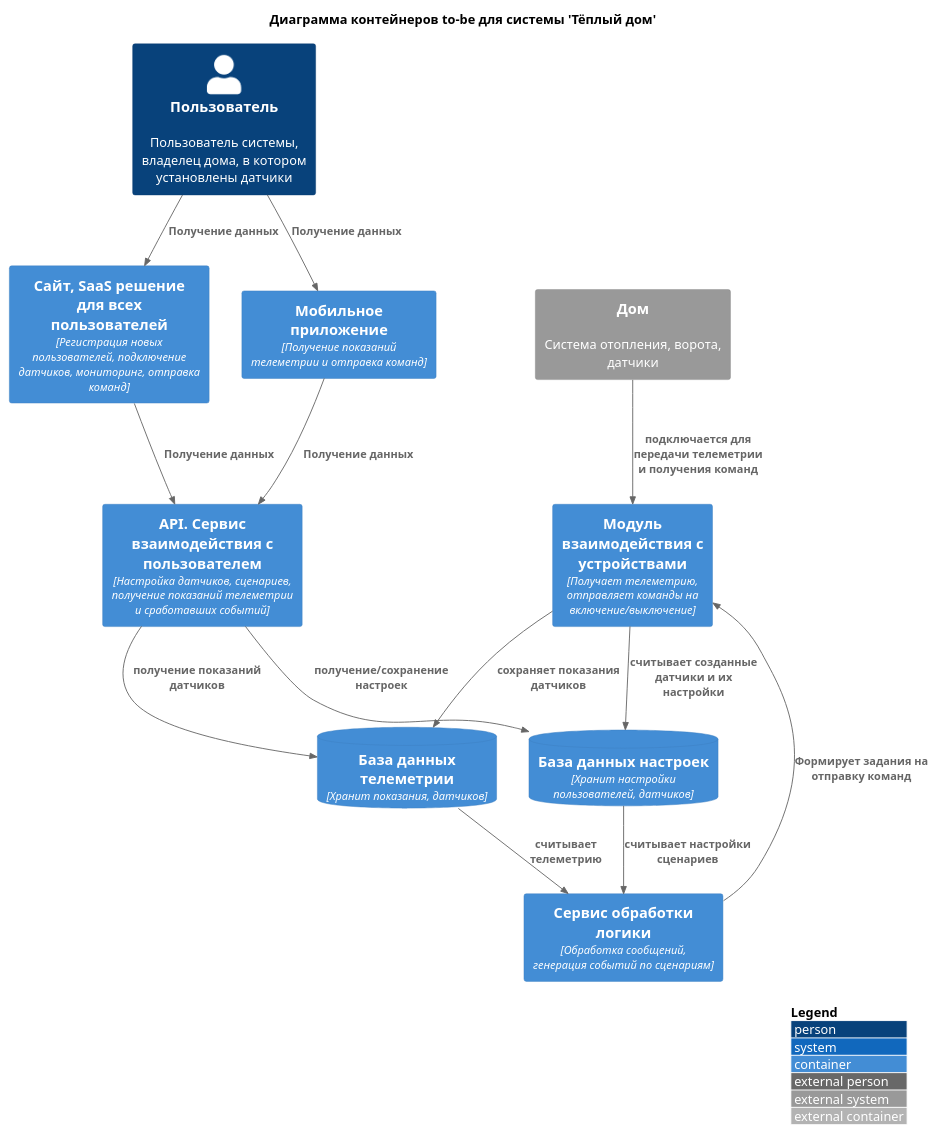
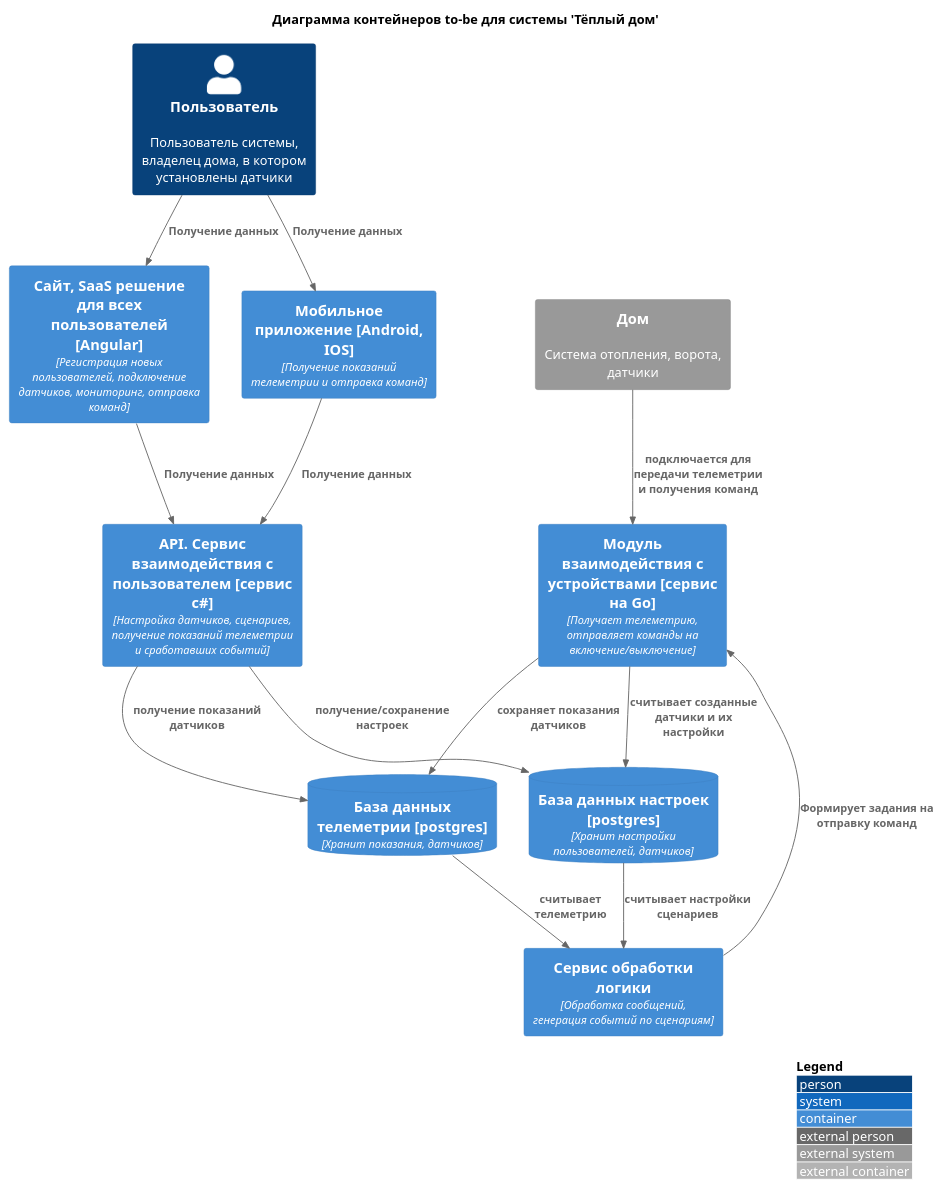
One commit to Alex-Beta/ya_architecture_sprint1 changed the diagram in container_telemetry.puml. Above: the diagram before and after it, drawn with PlantUML. The commit also changed 5 other files, not shown here.

```diff
--- a/container_telemetry.puml
+++ b/container_telemetry.puml
@@ -1,34 +1,34 @@
 @startuml
 !includeurl https://raw.githubusercontent.com/plantuml-stdlib/C4-PlantUML/master/C4_Container.puml
 
 title Диаграмма контейнеров to-be для системы 'Тёплый дом'
 top to bottom direction
 LAYOUT_WITH_LEGEND()
 
 System_Ext(h1, "Дом", "Система отопления, ворота, датчики")
-Container(system, "Модуль взаимодействия с устройствами", "Получает телеметрию, отправляет команды на включение/выключение")
-ContainerDb(db, "База данных настроек", "Хранит настройки пользователей, датчиков")
-ContainerDb(telemetry, "База данных телеметрии", "Хранит показания, датчиков")
+Container(system, "Модуль взаимодействия с устройствами [сервис на Go]", "Получает телеметрию, отправляет команды на включение/выключение")
+ContainerDb(db, "База данных настроек [postgres]", "Хранит настройки пользователей, датчиков")
+ContainerDb(telemetry, "База данных телеметрии [postgres]", "Хранит показания, датчиков")
 Container(logic, "Сервис обработки логики", "Обработка сообщений, генерация событий по сценариям")
-Container(api, "API. Сервис взаимодействия с пользователем", "Настройка датчиков, сценариев, получение показаний телеметрии и сработавших событий")
-Container(front, "Сайт, SaaS решение для всех пользователей", "Регистрация новых пользователей, подключение датчиков, мониторинг, отправка команд")
-Container(mobile, "Мобильное приложение", "Получение показаний телеметрии и отправка команд")
+Container(api, "API. Сервис взаимодействия с пользователем [сервис c#]", "Настройка датчиков, сценариев, получение показаний телеметрии и сработавших событий")
+Container(front, "Сайт, SaaS решение для всех пользователей [Angular]", "Регистрация новых пользователей, подключение датчиков, мониторинг, отправка команд")
+Container(mobile, "Мобильное приложение [Android, IOS]", "Получение показаний телеметрии и отправка команд")
 
 Person(user, "Пользователь", "Пользователь системы, владелец дома, в котором установлены датчики")
 'Person(admin, "Администратор", "Администратор, сотрудник технической поддержки")
 
 Rel(system, db, "считывает созданные датчики и их настройки")
 Rel(system, telemetry, "сохраняет показания датчиков")
 Rel(api, db, "получение/сохранение настроек")
 Rel(api, telemetry, "получение показаний датчиков")
 Rel(front, api, "Получение данных")
 Rel(mobile, api, "Получение данных")
 Rel(user, front, "Получение данных")
 Rel(user, mobile, "Получение данных")
 
 Rel(h1,system,"подключается для передачи телеметрии и получения команд")
 Rel(telemetry, logic, "считывает телеметрию")
 Rel(db, logic, "считывает настройки сценариев")
 Rel(logic, system, "Формирует задания на отправку команд")
 
 @enduml
```
